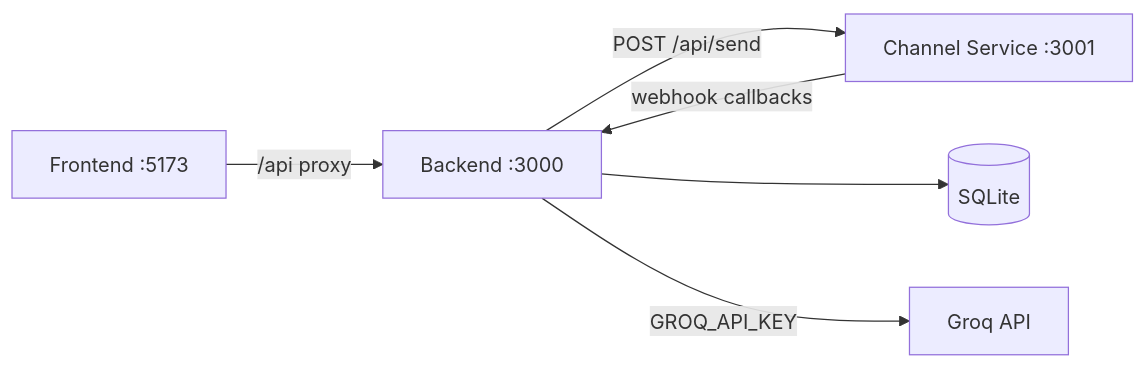
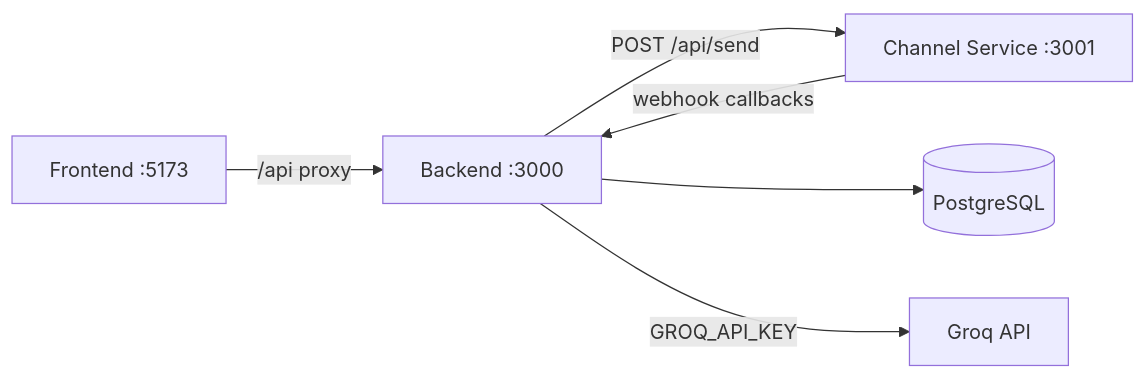
One commit to suren-4/xenomini-crm changed the diagram in LOCAL_SETUP.md. Above: the diagram before and after it, drawn with Mermaid. The commit also changed other lines of this file and 8 other files, not shown here.

First line of the commit message:
Switch to PostgreSQL and polish repo for production deploy.

````diff
--- a/LOCAL_SETUP.md
+++ b/LOCAL_SETUP.md
@@ -5,8 +5,8 @@
 ```mermaid
 flowchart LR
   FE[Frontend :5173] -->|/api proxy| CRM[Backend :3000]
   CRM -->|POST /api/send| CH[Channel Service :3001]
   CH -->|webhook callbacks| CRM
-  CRM --> DB[(SQLite)]
+  CRM --> DB[(PostgreSQL)]
   CRM -->|GROQ_API_KEY| GPT[Groq API]
 ```
````
